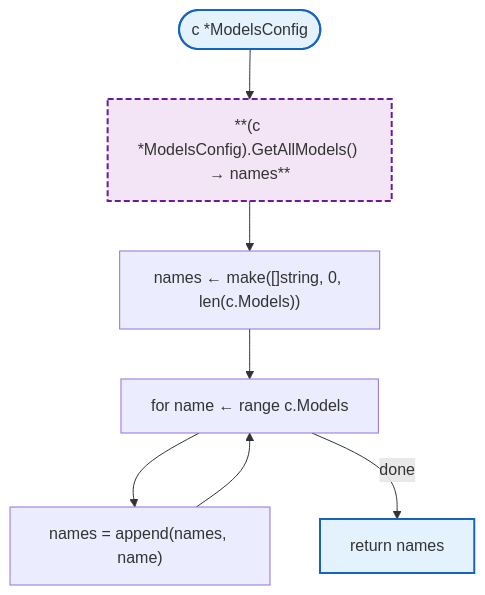
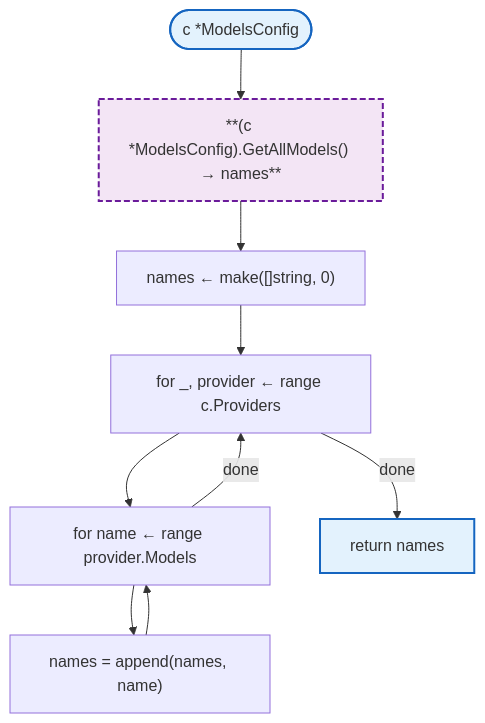
One commit to radch-ai/ava changed the third of 8 diagrams in docs/config/models.md. Above: the diagram before and after it, drawn with Mermaid. The commit also changed other lines of this file and 8 other files, not shown here.

````diff
--- a/docs/config/models.md
+++ b/docs/config/models.md
@@ -85,15 +100,17 @@
 ```mermaid
 flowchart TB
     Start([c *ModelsConfig]) --> HGetAll["**(c *ModelsConfig).GetAllModels() → names**"]
-    HGetAll --> MakeNames["names ← make([]string, 0, len(c.Models))"]
-    MakeNames --> Loop["for name ← range c.Models"]
-    Loop --> Append["names = append(names, name)"]
-    Append --> Loop
+    HGetAll --> MakeNames["names ← make([]string, 0)"]
+    MakeNames --> Loop["for _, provider ← range c.Providers"]
+    Loop --> InnerLoop["for name ← range provider.Models"]
+    InnerLoop --> Append["names = append(names, name)"]
+    Append --> InnerLoop
+    InnerLoop -->|done| Loop
     Loop -->|done| Return["return names"]
 
     classDef mainFn fill:#e3f2fd,stroke:#1565c0,stroke-width:2px
     classDef internalFn fill:#f3e5f5,stroke:#6a1b9a,stroke-width:2px,stroke-dasharray:6 3
 
     class Start,Return mainFn
     class HGetAll internalFn
 ```
````
